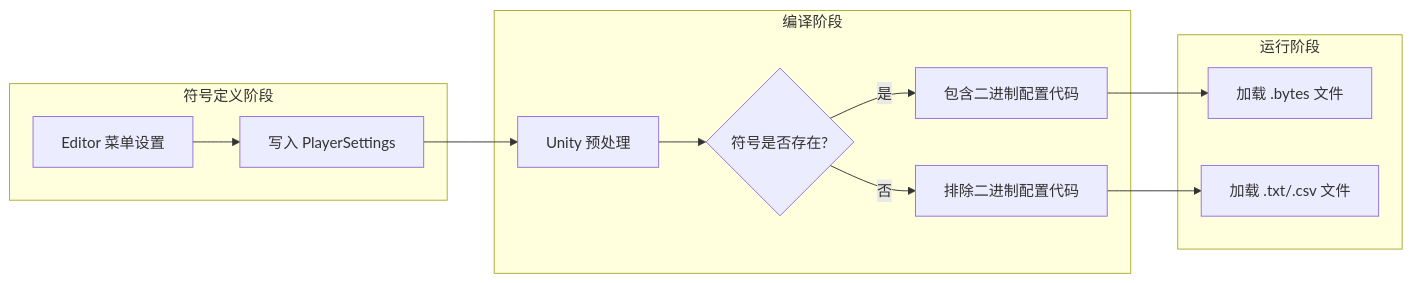
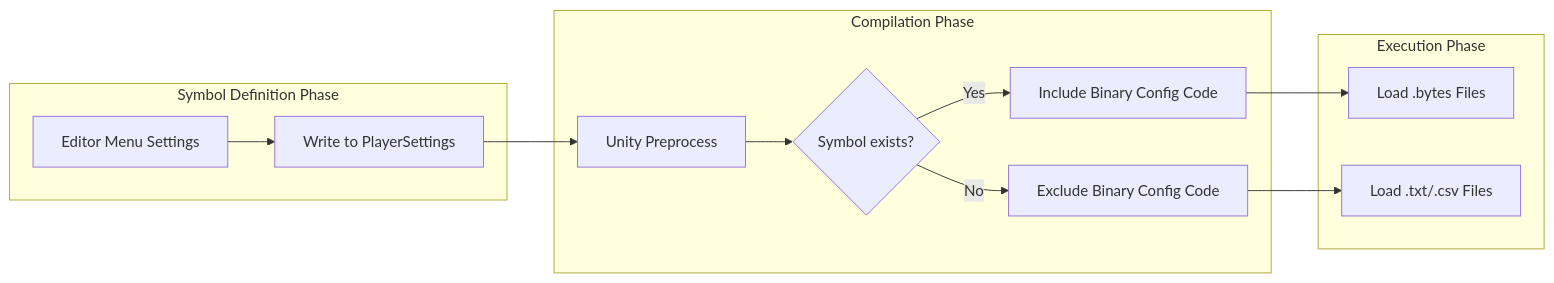
One commit to AlianBlank/GameFrameX.Docs changed the second of 2 diagrams in docs/en/client/unity/component/config/13.scripting-define-symbols.md. Above: the diagram before and after it, drawn with Mermaid. The commit also changed other lines of this file and 242 other files, not shown here.

````diff
--- a/docs/en/client/unity/component/config/13.scripting-define-symbols.md
+++ b/docs/en/client/unity/component/config/13.scripting-define-symbols.md
@@ -55,18 +55,18 @@
 ```mermaid
 flowchart LR
-    subgraph 定义["符号定义阶段"]
-        D1[Editor 菜单设置] --> D2[写入 PlayerSettings]
+    subgraph Definition["Symbol Definition Phase"]
+        D1[Editor Menu Settings] --> D2[Write to PlayerSettings]
     end
 
-    subgraph 编译["编译阶段"]
-        D2 --> C1[Unity 预处理]
-        C1 --> C2{符号是否存在?}
-        C2 -->|是| C3[包含二进制配置代码]
-        C2 -->|否| C4[排除二进制配置代码]
+    subgraph Compilation["Compilation Phase"]
+        D2 --> C1[Unity Preprocess]
+        C1 --> C2{Symbol exists?}
+        C2 -->|Yes| C3[Include Binary Config Code]
+        C2 -->|No| C4[Exclude Binary Config Code]
     end
 
-    subgraph 运行["运行阶段"]
-        C3 --> R1[加载 .bytes 文件]
-        C4 --> R2[加载 .txt/.csv 文件]
+    subgraph Execution["Execution Phase"]
+        C3 --> R1[Load .bytes Files]
+        C4 --> R2[Load .txt/.csv Files]
     end
 ```
````
